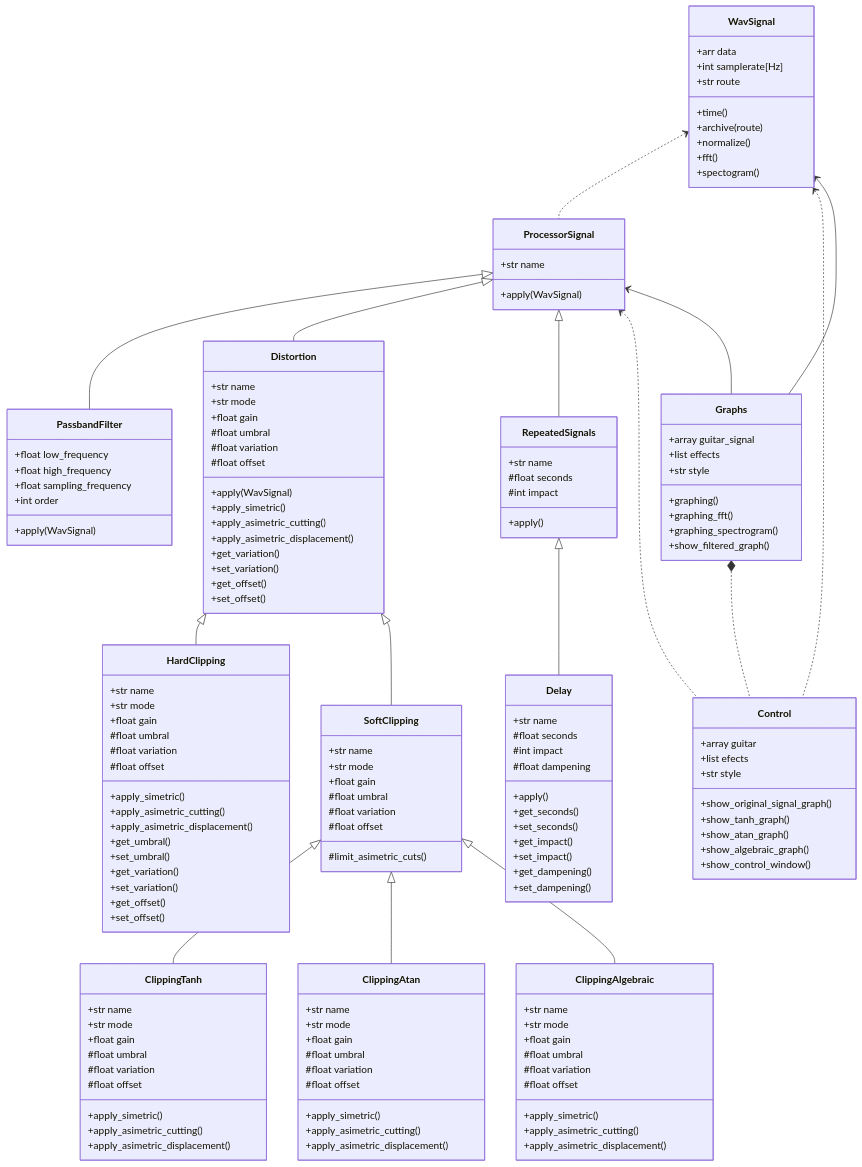
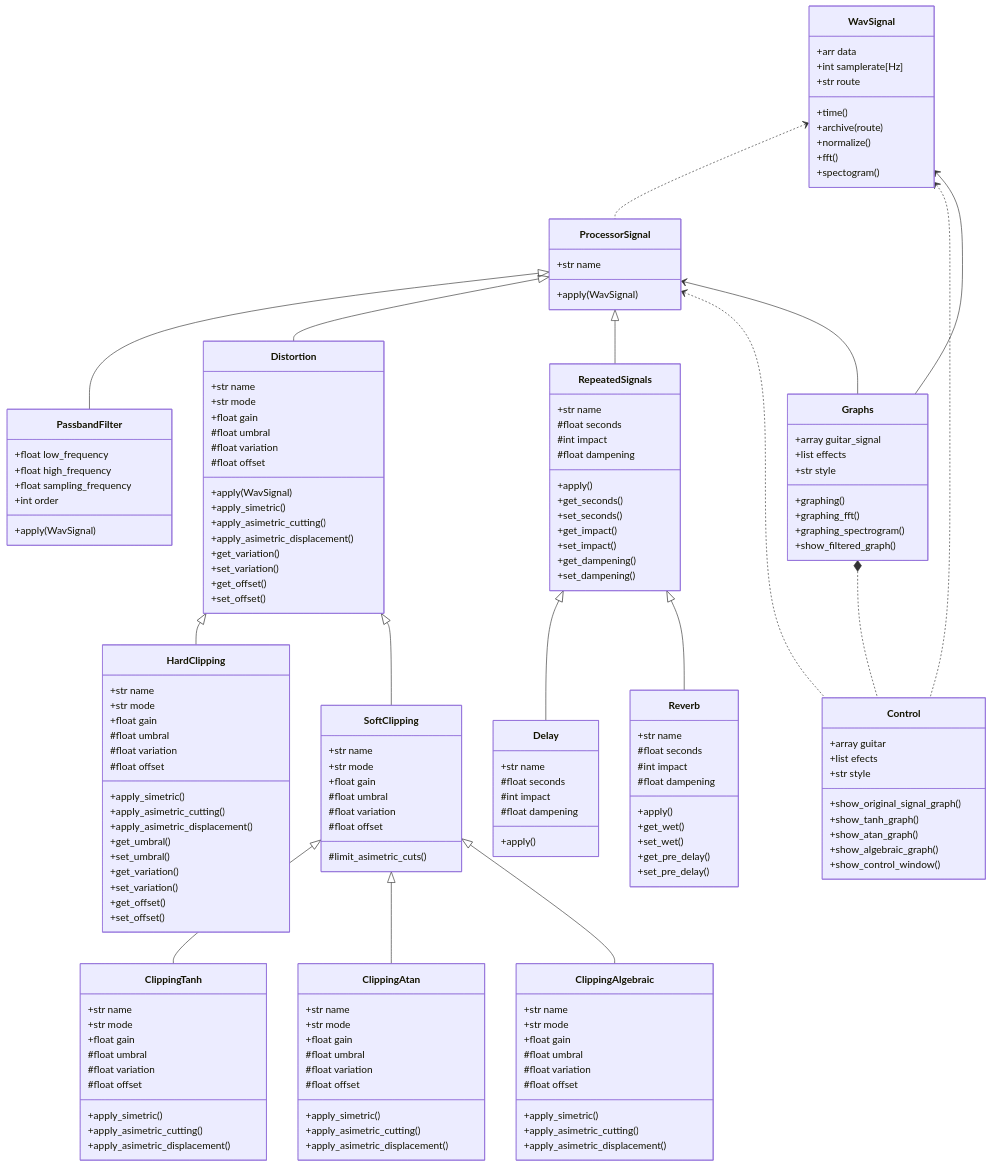
One commit to angutierrezgi/Blue_Slashes changed the third of 3 diagrams in README.md. Above: the diagram before and after it, drawn with Mermaid. The commit also changed other lines of this file, not shown here.

First line of the commit message:
Enhance README with Reverb and Delay details

```diff
--- a/README.md
+++ b/README.md
@@ -400,7 +428,14 @@
 		+str name
 		#float seconds
 		#int impact
+		#float dampening
 		+apply()
+		+get_seconds()
+        +set_seconds()
+        +get_impact()
+        +set_impact()
+        +get_dampening()
+        +set_dampening()
 	}
 
 	class Delay {
@@ -409,12 +444,18 @@
 		#int impact
 		#float dampening
 		+apply()
-        +get_seconds()
-        +set_seconds()
-        +get_impact()
-        +set_impact()
-        +get_dampening()
-        +set_dampening()
+        
+	}
+	class Reverb {
+		+str name
+		#float seconds
+		#int impact
+		#float dampening
+		+apply()
+        +get_wet()
+        +set_wet()
+        +get_pre_delay()
+        +set_pre_delay()
 	}
 
     class Control {
@@ -447,6 +488,7 @@
     SoftClipping <|-- ClippingAtan
     SoftClipping <|-- ClippingAlgebraic
 	RepeatedSignals <|-- Delay
+	RepeatedSignals <|-- Reverb
     ProcessorSignal <.. Control
     WavSignal <.. Control
     Graphs *.. Control
```
